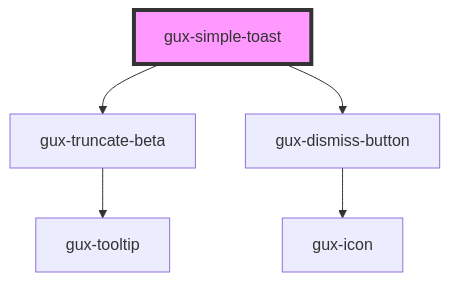
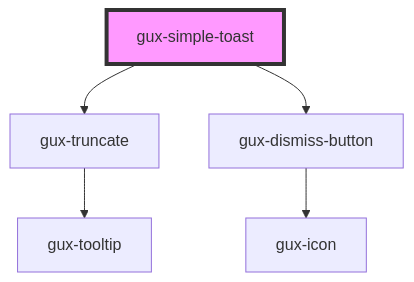
The diagram in packages/genesys-spark-components/src/components/stable/gux-simple-toast/readme.md (MyPureCloud/genesys-spark), drawn with Mermaid before and after one commit. The commit also changed other lines of this file and 39 other files, not shown here.

First line of the commit message:
refactor(truncate): move from beta to stable

````diff
--- a/packages/genesys-spark-components/src/components/stable/gux-simple-toast/readme.md
+++ b/packages/genesys-spark-components/src/components/stable/gux-simple-toast/readme.md
@@ -38,8 +38,8 @@
 ```mermaid
 graph TD;
-  gux-simple-toast --> gux-truncate-beta
+  gux-simple-toast --> gux-truncate
   gux-simple-toast --> gux-dismiss-button
-  gux-truncate-beta --> gux-tooltip
+  gux-truncate --> gux-tooltip
   gux-dismiss-button --> gux-icon
   style gux-simple-toast fill:#f9f,stroke:#333,stroke-width:4px
 ```
````
